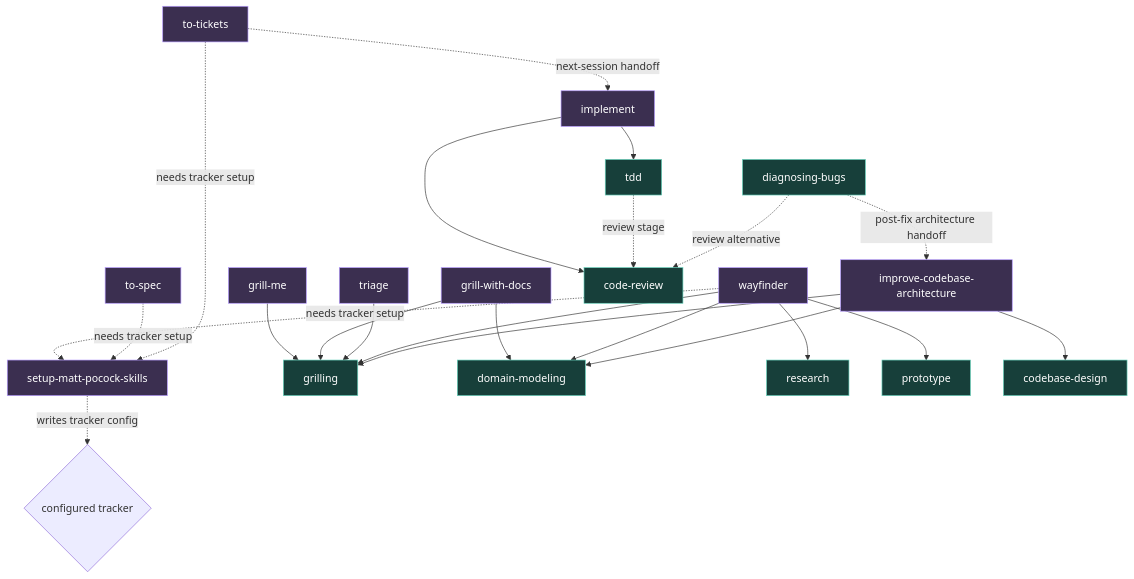
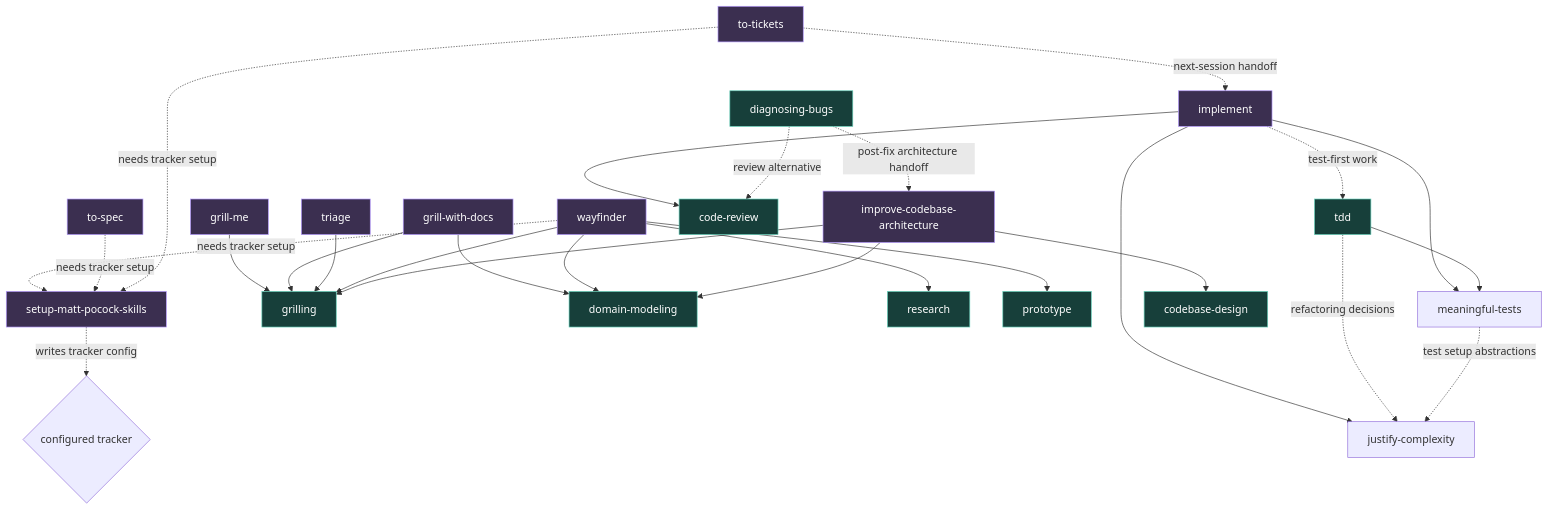
The diagram in home/.agents/skills/README.md (m0hill/dotfiles), drawn with Mermaid before and after one commit. The commit also changed other lines of this file and 6 other files, not shown here.

````diff
--- a/home/.agents/skills/README.md
+++ b/home/.agents/skills/README.md
@@ -67,36 +69,40 @@
 ```mermaid
 flowchart TD
   setup[setup-matt-pocock-skills] -. writes tracker config .-> tracker{configured tracker}
 
   grillme[grill-me] --> grilling[grilling]
   grilldocs[grill-with-docs] --> grilling
   grilldocs --> domain[domain-modeling]
   triage[triage] --> grilling
 
   wayfinder[wayfinder] --> grilling
   wayfinder --> domain
   wayfinder --> research[research]
   wayfinder --> prototype[prototype]
   wayfinder -. needs tracker setup .-> setup
 
   spec[to-spec] -. needs tracker setup .-> setup
 
   tickets[to-tickets] -. needs tracker setup .-> setup
   tickets -. next-session handoff .-> implement[implement]
 
-  implement --> tdd[tdd]
+  implement --> complexity[justify-complexity]
+  implement --> tests[meaningful-tests]
+  implement -. test-first work .-> tdd[tdd]
   implement --> review[code-review]
-  tdd -. review stage .-> review
+  tdd --> tests
+  tdd -. refactoring decisions .-> complexity
+  tests -. test setup abstractions .-> complexity
 
   architecture[improve-codebase-architecture] --> design[codebase-design]
   architecture --> grilling
   architecture --> domain
 
   diagnose[diagnosing-bugs] -. review alternative .-> review
   diagnose -. post-fix architecture handoff .-> architecture
 
   classDef user fill:#3b2f50,stroke:#b69cff,color:#fff;
   classDef model fill:#173f3a,stroke:#69d3bd,color:#fff;
   class setup,grillme,grilldocs,triage,wayfinder,spec,tickets,implement,architecture user;
   class grilling,domain,research,prototype,tdd,review,design,diagnose model;
 ```
````
